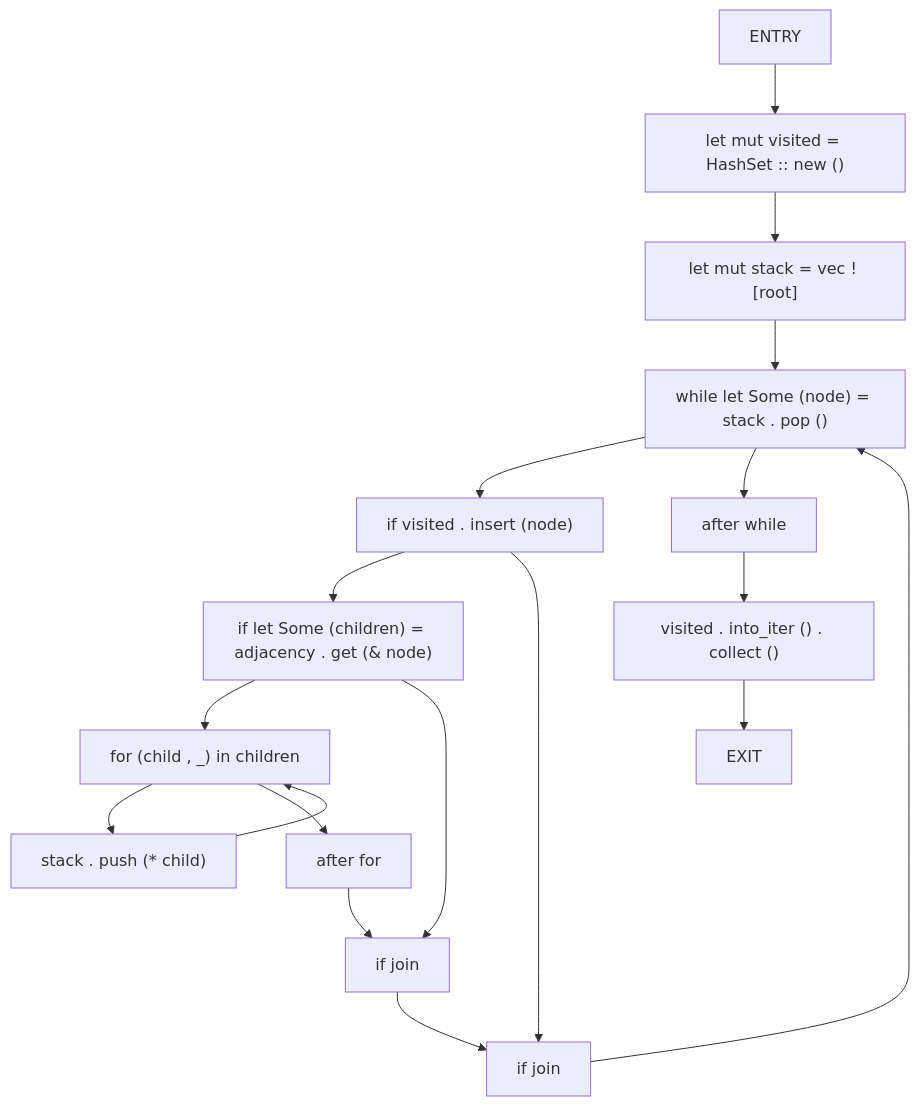
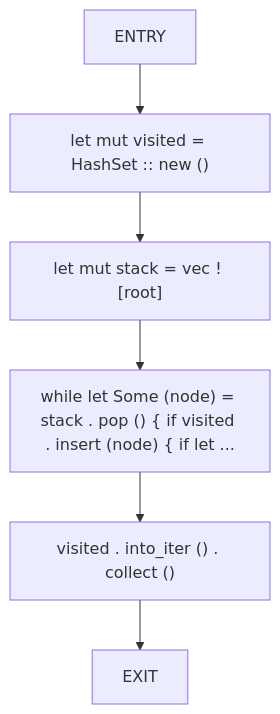
One commit to cicero-violate/MMSB changed the sixth of 8 diagrams in docs/analysis/cfg/030-src-03_dag.md. Above: the diagram before and after it, drawn with Mermaid. The commit also changed other lines of this file and 865 other files, not shown here.

````diff
--- a/docs/analysis/cfg/030-src-03_dag.md
+++ b/docs/analysis/cfg/030-src-03_dag.md
@@ -177,34 +147,14 @@
 ```mermaid
 flowchart TD
     reachable_0["ENTRY"]
     reachable_1["let mut visited = HashSet :: new ()"]
     reachable_2["let mut stack = vec ! [root]"]
-    reachable_3["while let Some (node) = stack . pop ()"]
-    reachable_4["if visited . insert (node)"]
-    reachable_5["if let Some (children) = adjacency . get (& node)"]
-    reachable_6["for (child , _) in children"]
-    reachable_7["stack . push (* child)"]
-    reachable_8["after for"]
-    reachable_9["if join"]
-    reachable_10["if join"]
-    reachable_11["after while"]
-    reachable_12["visited . into_iter () . collect ()"]
-    reachable_13["EXIT"]
+    reachable_3["while let Some (node) = stack . pop () { if visited . insert (node) { if let ..."]
+    reachable_4["visited . into_iter () . collect ()"]
+    reachable_5["EXIT"]
     reachable_0 --> reachable_1
     reachable_1 --> reachable_2
     reachable_2 --> reachable_3
     reachable_3 --> reachable_4
     reachable_4 --> reachable_5
-    reachable_5 --> reachable_6
-    reachable_6 --> reachable_7
-    reachable_7 --> reachable_6
-    reachable_6 --> reachable_8
-    reachable_8 --> reachable_9
-    reachable_5 --> reachable_9
-    reachable_9 --> reachable_10
-    reachable_4 --> reachable_10
-    reachable_10 --> reachable_3
-    reachable_3 --> reachable_11
-    reachable_11 --> reachable_12
-    reachable_12 --> reachable_13
 ```
````
